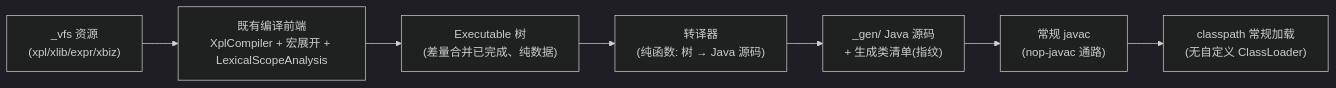
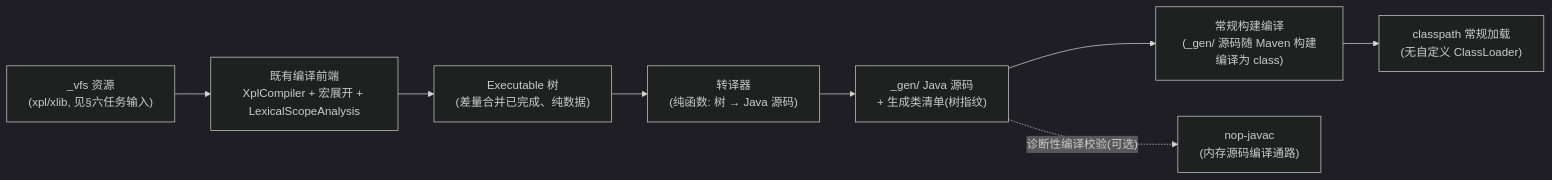
Before and after one commit to entropy-cloud/nop-entropy: the diagram in ai-dev/design/xlang-java/01-architecture-baseline.md, drawn with Mermaid (dark theme). The commit also changed other lines of this file and 14 other files, not shown here.

````diff
--- a/ai-dev/design/xlang-java/01-architecture-baseline.md
+++ b/ai-dev/design/xlang-java/01-architecture-baseline.md
@@ -19,9 +19,10 @@
 ```mermaid
 graph LR
-    R["_vfs 资源<br/>(xpl/xlib/expr/xbiz)"] --> FE["既有编译前端<br/>XplCompiler + 宏展开 + LexicalScopeAnalysis"]
+    R["_vfs 资源<br/>(xpl/xlib, 见§六任务输入)"] --> FE["既有编译前端<br/>XplCompiler + 宏展开 + LexicalScopeAnalysis"]
     FE --> T["Executable 树<br/>(差量合并已完成、纯数据)"]
     T --> TR["转译器<br/>(纯函数: 树 → Java 源码)"]
-    TR --> G["_gen/ Java 源码<br/>+ 生成类清单(指纹)"]
-    G --> JC["常规 javac<br/>(nop-javac 通路)"]
-    JC --> CL["classpath 常规加载<br/>(无自定义 ClassLoader)"]
+    TR --> G["_gen/ Java 源码<br/>+ 生成类清单(树指纹)"]
+    G --> BC["常规构建编译<br/>(_gen/ 源码随 Maven 构建编译为 class)"]
+    BC --> CL["classpath 常规加载<br/>(无自定义 ClassLoader)"]
+    G -. "诊断性编译校验(可选)" .-> NJ["nop-javac<br/>(内存源码编译通路)"]
 ```
````
